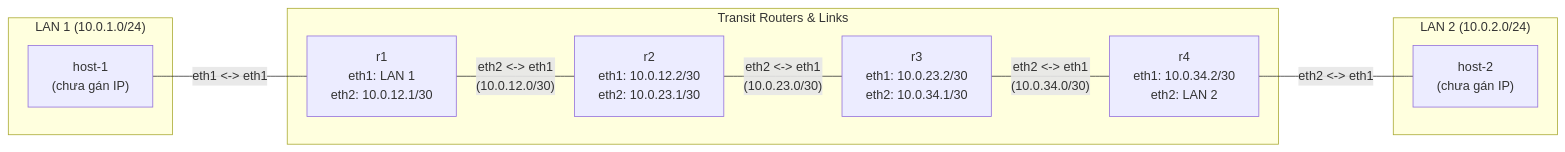
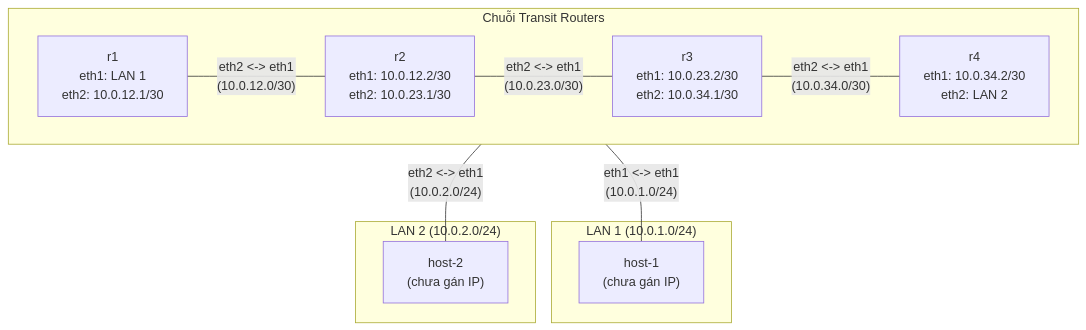
One commit to thangphan205/containerlab-demo changed the diagram in bai-tap-ve-nha/03-static-route-multi-hop/lab-guide.md. Above: the diagram before and after it, drawn with Mermaid. The commit also changed 1 other file, not shown here.

````diff
--- a/bai-tap-ve-nha/03-static-route-multi-hop/lab-guide.md
+++ b/bai-tap-ve-nha/03-static-route-multi-hop/lab-guide.md
@@ -18,23 +18,25 @@
 ```mermaid
-graph LR
-    subgraph lan1 ["LAN 1 (10.0.1.0/24)"]
-        host-1["host-1<br>(chưa gán IP)"]
-    end
-
-    subgraph routers ["Transit Routers & Links"]
+graph TD
+    subgraph transit ["Chuỗi Transit Routers"]
+        direction LR
         r1["r1<br>eth1: LAN 1<br>eth2: 10.0.12.1/30"]
         r2["r2<br>eth1: 10.0.12.2/30<br>eth2: 10.0.23.1/30"]
         r3["r3<br>eth1: 10.0.23.2/30<br>eth2: 10.0.34.1/30"]
         r4["r4<br>eth1: 10.0.34.2/30<br>eth2: LAN 2"]
+
+        r1 -- "eth2 <-> eth1<br>(10.0.12.0/30)" --- r2
+        r2 -- "eth2 <-> eth1<br>(10.0.23.0/30)" --- r3
+        r3 -- "eth2 <-> eth1<br>(10.0.34.0/30)" --- r4
+    end
+
+    subgraph lan1 ["LAN 1 (10.0.1.0/24)"]
+        host-1["host-1<br>(chưa gán IP)"]
     end
 
     subgraph lan2 ["LAN 2 (10.0.2.0/24)"]
         host-2["host-2<br>(chưa gán IP)"]
     end
 
-    host-1 -- "eth1 <-> eth1" --- r1
-    r1 -- "eth2 <-> eth1<br>(10.0.12.0/30)" --- r2
-    r2 -- "eth2 <-> eth1<br>(10.0.23.0/30)" --- r3
-    r3 -- "eth2 <-> eth1<br>(10.0.34.0/30)" --- r4
-    r4 -- "eth2 <-> eth1" --- host-2
+    r1 -- "eth1 <-> eth1<br>(10.0.1.0/24)" --- host-1
+    r4 -- "eth2 <-> eth1<br>(10.0.2.0/24)" --- host-2
 ```
````
